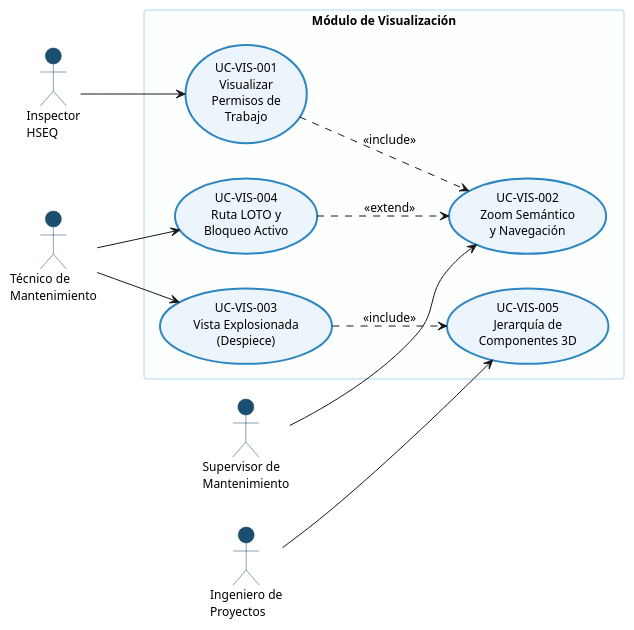
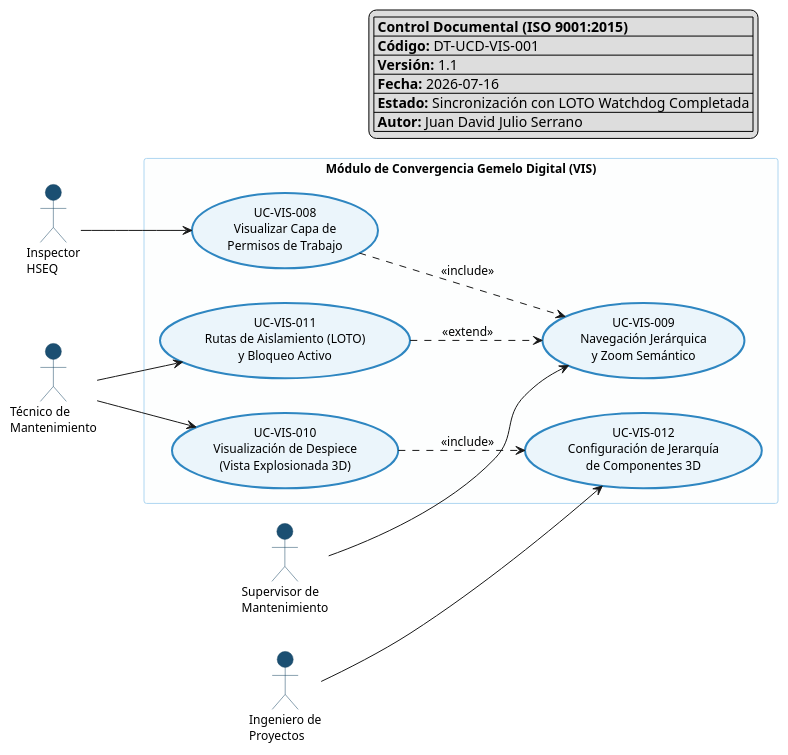
Before and after one commit to Novav20/adso-dteam-docs: the diagram in domain-models/use-cases/vis-use-cases.puml, drawn with PlantUML. The commit also changed 4 other files, not shown here.

First line of the commit message:
docs(use-cases): consolidate use case diagrams and ISO traceability index

```diff
--- a/domain-models/use-cases/vis-use-cases.puml
+++ b/domain-models/use-cases/vis-use-cases.puml
@@ -1,60 +1,66 @@
 @startuml VIS-UseCases
 skinparam packageStyle rectangle
 left to right direction
 
-' Configuración de colores profesionales
+' --- CONFIGURACIÓN VISUAL ---
 skinparam usecase {
   BackgroundColor #EBF5FB
   BorderColor #2E86C1
   BorderThickness 2
   FontName Segoe UI
   FontSize 12
 }
-
 skinparam actor {
   BackgroundColor #1B4F72
   BorderColor #154360
   FontName Segoe UI
   FontSize 11
 }
-
 skinparam package {
   BackgroundColor #FDFEFE
   BorderColor #AED6F1
   FontName Segoe UI
   FontSize 13
   FontStyle bold
 }
-
 skinparam defaultFontName "Segoe UI"
 skinparam defaultFontSize 12
 
-' Actores
+legend top right
+|= Control Documental (ISO 9001:2015) |
+| **Código:** DT-UCD-VIS-001 |
+| **Versión:** 1.1 |
+| **Fecha:** 2026-07-16 |
+| **Estado:** Sincronización con LOTO Watchdog Completada |
+| **Autor:** Juan David Julio Serrano |
+endlegend
+
+' --- ACTORES ---
 actor "Inspector\nHSEQ" as HSEQ #1B4F72
 actor "Técnico de\nMantenimiento" as Tecnico #1B4F72
 actor "Supervisor de\nMantenimiento" as Supervisor #1B4F72
 actor "Ingeniero de\nProyectos" as Ingeniero #1B4F72
 
-' Paquete principal
-package "Módulo de Visualización" {
+' --- PAQUETE PRINCIPAL ---
+package "Módulo de Convergencia Gemelo Digital (VIS)" {
 
-  usecase "UC-VIS-001\nVisualizar\nPermisos de\nTrabajo" as UCVIS001 #EBF5FB
-  usecase "UC-VIS-002\nZoom Semántico\ny Navegación" as UCVIS002 #EBF5FB
-  usecase "UC-VIS-003\nVista Explosionada\n(Despiece)" as UCVIS003 #EBF5FB
-  usecase "UC-VIS-004\nRuta LOTO y\nBloqueo Activo" as UCVIS004 #EBF5FB
-  usecase "UC-VIS-005\nJerarquía de\nComponentes 3D" as UCVIS005 #EBF5FB
+  usecase "UC-VIS-008\nVisualizar Capa de\nPermisos de Trabajo" as UCVIS008 #EBF5FB
+  usecase "UC-VIS-009\nNavegación Jerárquica\ny Zoom Semántico" as UCVIS009 #EBF5FB
+  usecase "UC-VIS-010\nVisualización de Despiece\n(Vista Explosionada 3D)" as UCVIS010 #EBF5FB
+  usecase "UC-VIS-011\nRutas de Aislamiento (LOTO)\ny Bloqueo Activo" as UCVIS011 #EBF5FB
+  usecase "UC-VIS-012\nConfiguración de Jerarquía\nde Componentes 3D" as UCVIS012 #EBF5FB
 }
 
-' Relaciones Actor-Caso de Uso
-HSEQ --> UCVIS001
-Supervisor --> UCVIS002
-Tecnico --> UCVIS003
-Tecnico --> UCVIS004
-Ingeniero --> UCVIS005
+' --- RELACIONES ACTOR - CASO DE USO ---
+HSEQ --> UCVIS008
+Supervisor --> UCVIS009
+Tecnico --> UCVIS010
+Tecnico --> UCVIS011
+Ingeniero --> UCVIS012
 
-' Relaciones entre Casos de Uso
-UCVIS004 ..> UCVIS002 : <<extend>>
-UCVIS003 ..> UCVIS005 : <<include>>
-UCVIS001 ..> UCVIS002 : <<include>>
+' --- RELACIONES INTER-CASOS DE USO (Include/Extend) ---
+UCVIS011 ..> UCVIS009 : <<extend>>
+UCVIS010 ..> UCVIS012 : <<include>>
+UCVIS008 ..> UCVIS009 : <<include>>
 
 @enduml
```
